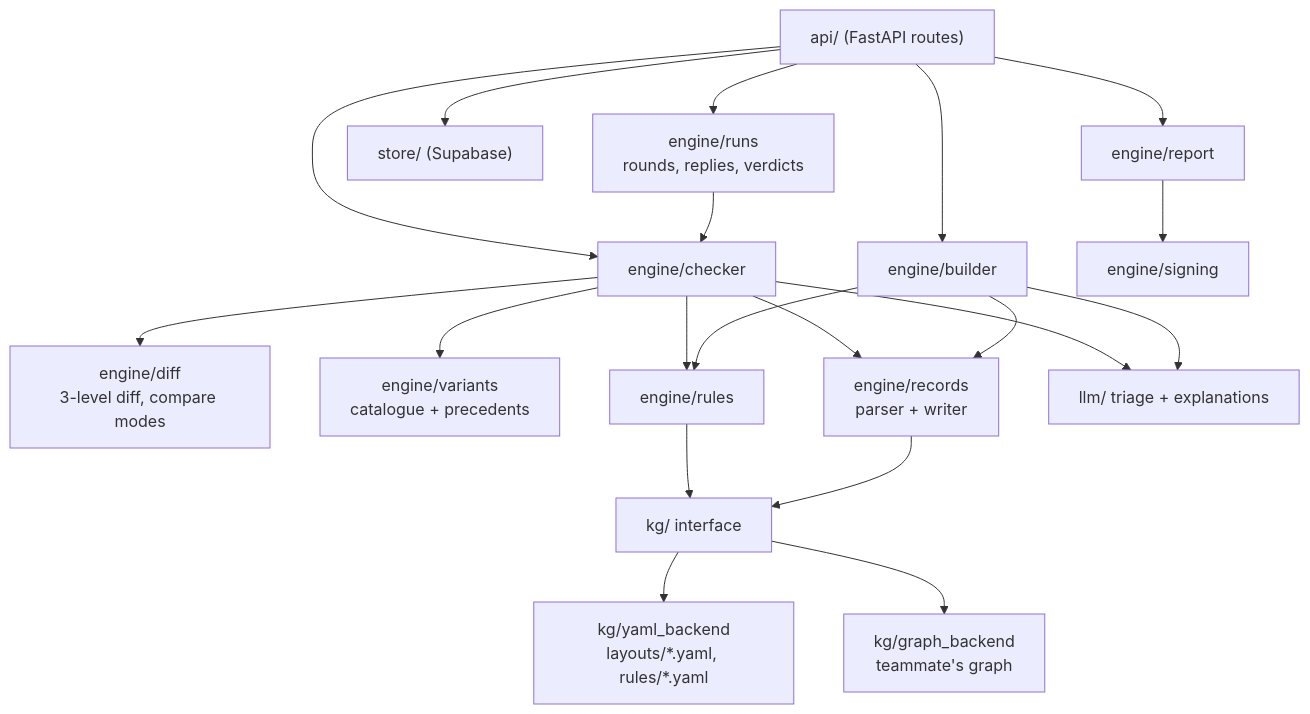
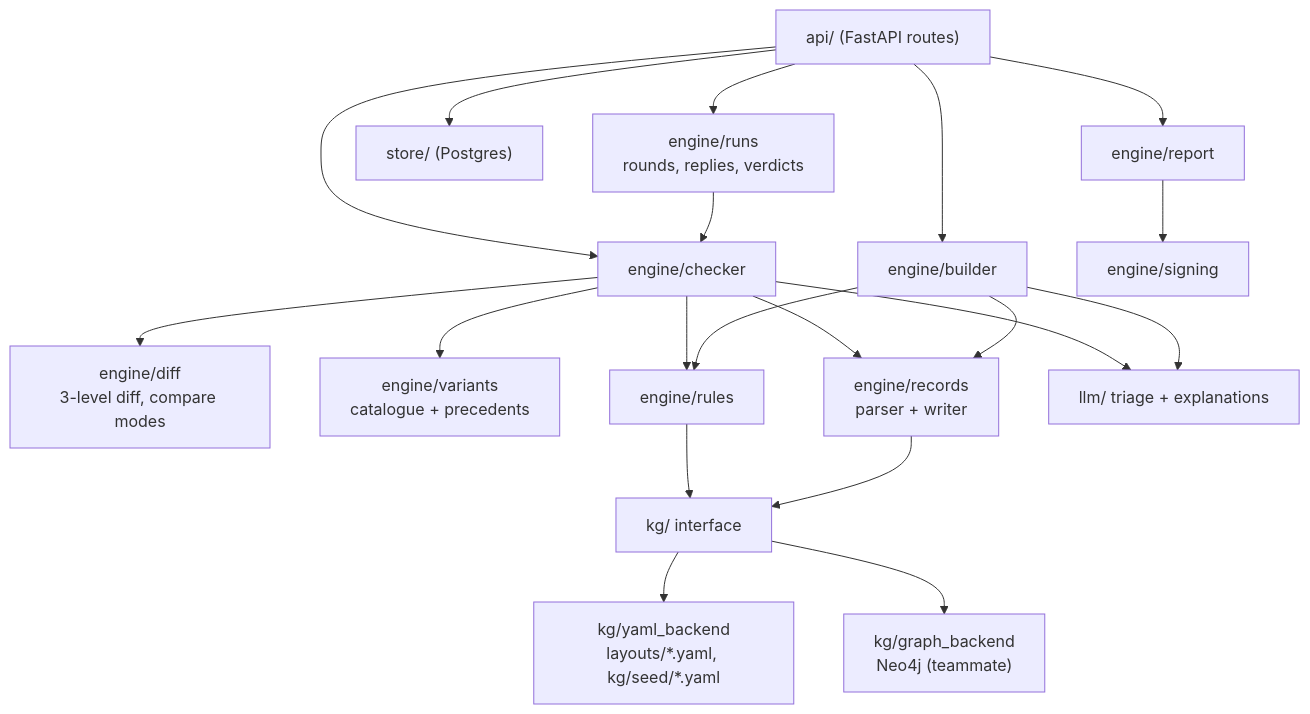
One commit to ahlemtr/ITSG-Futury-Build-day changed the diagram in plan/diagrams/09_backend_components.md. Above: the diagram before and after it, drawn with Mermaid. The commit also changed 14 other files, not shown here.

````diff
--- a/plan/diagrams/09_backend_components.md
+++ b/plan/diagrams/09_backend_components.md
@@ -3,22 +3,22 @@
 ```mermaid
 flowchart TD
     API["api/ (FastAPI routes)"] --> CHK["engine/checker"]
     API --> BLD["engine/builder"]
     API --> REP["engine/report"]
-    API --> DB["store/ (Supabase)"]
+    API --> DB["store/ (Postgres)"]
     CHK --> DF["engine/diff<br/>3-level diff, compare modes"]
     CHK --> VC["engine/variants<br/>catalogue + precedents"]
     API --> RUN["engine/runs<br/>rounds, replies, verdicts"]
     RUN --> CHK
     CHK --> PAR["engine/records<br/>parser + writer"]
     CHK --> RUL["engine/rules"]
     CHK --> LLM["llm/ triage + explanations"]
     BLD --> RUL
     BLD --> PAR
     BLD --> LLM
     RUL --> KGI["kg/ interface"]
     PAR --> KGI
-    KGI --> KGY["kg/yaml_backend<br/>layouts/*.yaml, rules/*.yaml"]
-    KGI --> KGG["kg/graph_backend<br/>teammate's graph"]
+    KGI --> KGY["kg/yaml_backend<br/>layouts/*.yaml, kg/seed/*.yaml"]
+    KGI --> KGG["kg/graph_backend<br/>Neo4j (teammate)"]
     REP --> SIG["engine/signing"]
 ```
````
